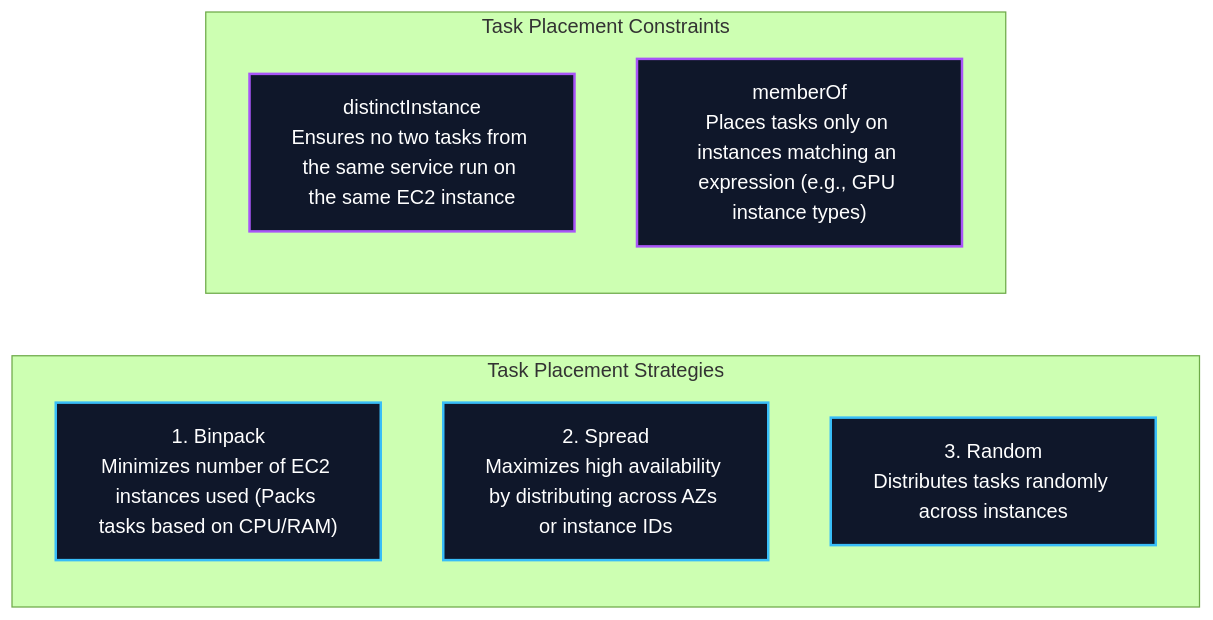
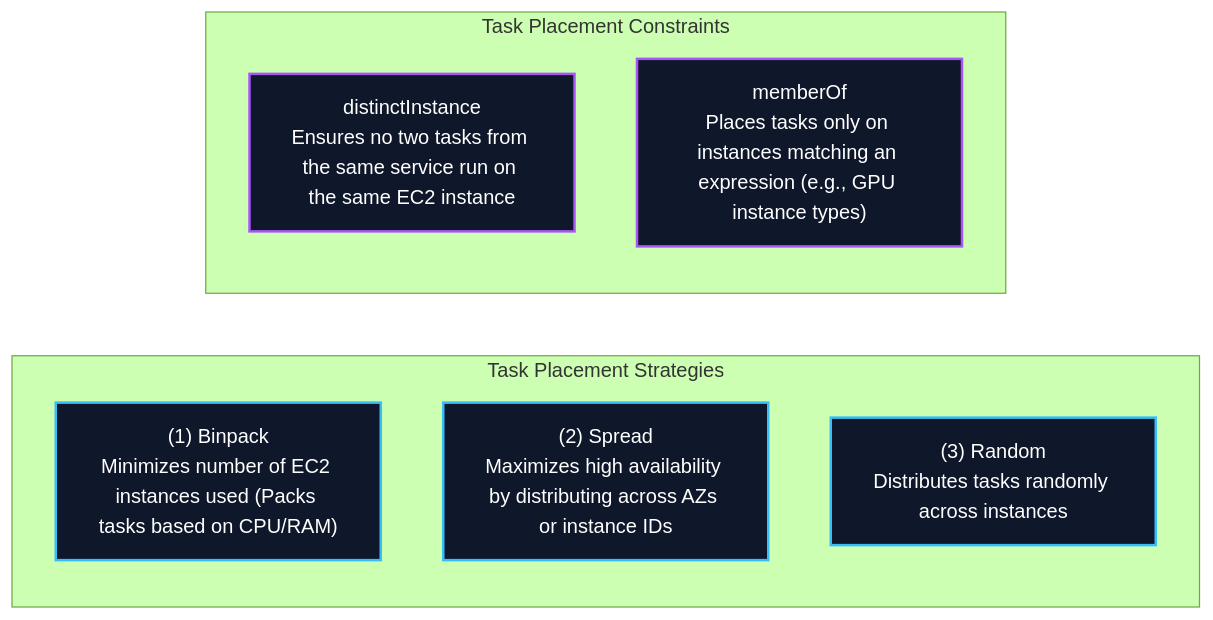
Before and after one commit to Wathon/aws-dea-c01-note: the seventh of 12 diagrams in content/02-services/compute-containers/ecr-ecs-eks.md, drawn with Mermaid (forest theme). The commit also changed other lines of this file and 19 other files, not shown here.

Commit message:
fix(mermaid): resolve 'Unsupported markdown: list' rendering issues across all diagram node and edge labels

````diff
--- a/content/02-services/compute-containers/ecr-ecs-eks.md
+++ b/content/02-services/compute-containers/ecr-ecs-eks.md
@@ -402,19 +402,19 @@
 ```mermaid
 graph LR
     subgraph Strategies["Task Placement Strategies"]
-        Binpack["1. Binpack<br/>Minimizes number of EC2 instances used (Packs tasks based on CPU/RAM)"]
-        Spread["2. Spread<br/>Maximizes high availability by distributing across AZs or instance IDs"]
-        Random["3. Random<br/>Distributes tasks randomly across instances"]
+        Binpack["(1) Binpack<br/>Minimizes number of EC2 instances used (Packs tasks based on CPU/RAM)"]
+        Spread["(2) Spread<br/>Maximizes high availability by distributing across AZs or instance IDs"]
+        Random["(3) Random<br/>Distributes tasks randomly across instances"]
     end
 
     subgraph Constraints["Task Placement Constraints"]
         Distinct["distinctInstance<br/>Ensures no two tasks from the same service run on the same EC2 instance"]
         MemberOf["memberOf<br/>Places tasks only on instances matching an expression (e.g., GPU instance types)"]
     end
 
     classDef strat fill:#0f172a,stroke:#38bdf8,stroke-width:2px,color:#fff;
     classDef constr fill:#0f172a,stroke:#a855f7,stroke-width:2px,color:#fff;
 
     class Binpack,Spread,Random strat;
     class Distinct,MemberOf constr;
 ```
````
